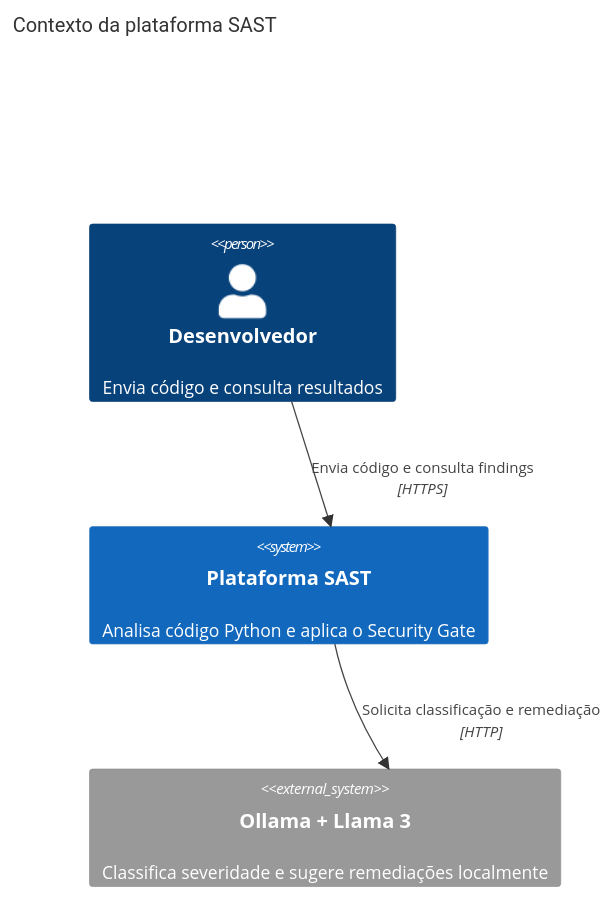
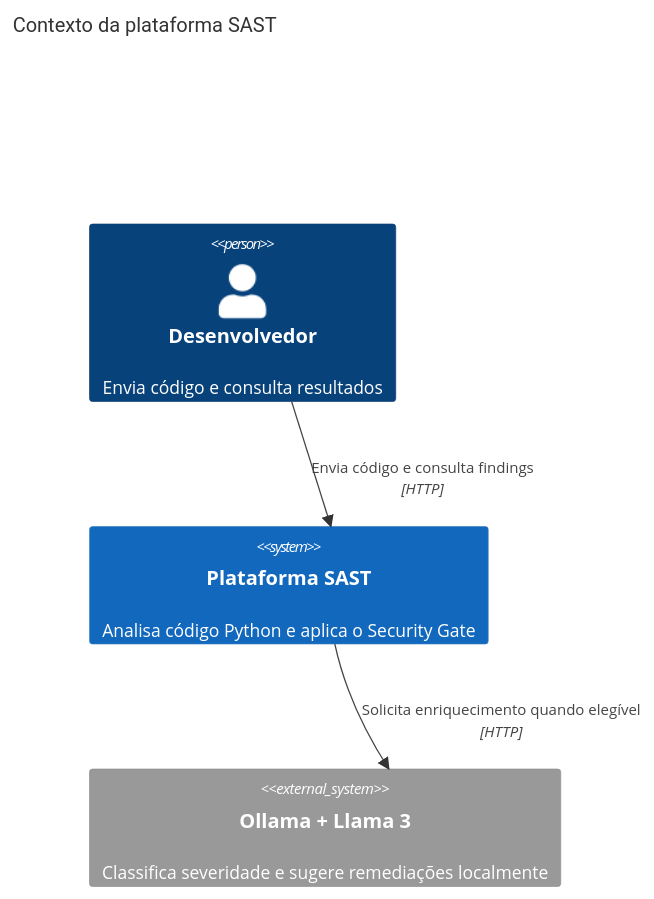
Before and after one commit to Gusta346/sast-platform: the first of 2 diagrams in docs/arquitetura.md, drawn with Mermaid. The commit also changed other lines of this file and 8 other files, not shown here.

````diff
--- a/docs/arquitetura.md
+++ b/docs/arquitetura.md
@@ -5,9 +5,9 @@
 ```mermaid
 C4Context
     title Contexto da plataforma SAST
     Person(developer, "Desenvolvedor", "Envia código e consulta resultados")
     System(sast, "Plataforma SAST", "Analisa código Python e aplica o Security Gate")
     System_Ext(ollama, "Ollama + Llama 3", "Classifica severidade e sugere remediações localmente")
-    Rel(developer, sast, "Envia código e consulta findings", "HTTPS")
-    Rel(sast, ollama, "Solicita classificação e remediação", "HTTP")
+    Rel(developer, sast, "Envia código e consulta findings", "HTTP")
+    Rel(sast, ollama, "Solicita enriquecimento quando elegível", "HTTP")
 ```
````
